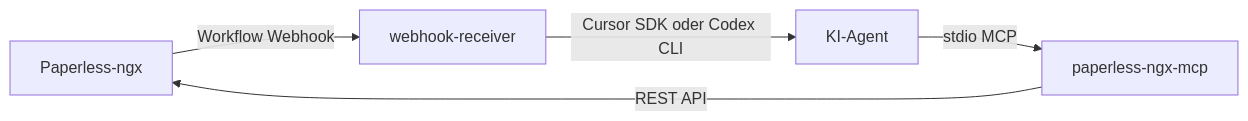
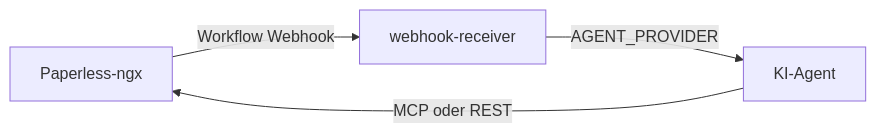
The first of 2 diagrams in README.md (boexler/paperless-ai-tagger), drawn with Mermaid before and after one commit. The commit also changed other lines of this file and 20 other files, not shown here.

````diff
--- a/README.md
+++ b/README.md
@@ -9,7 +9,6 @@
 ```mermaid
 flowchart LR
     P[Paperless-ngx] -->|Workflow Webhook| W[webhook-receiver]
-    W -->|Cursor SDK oder Codex CLI| A[KI-Agent]
-    A -->|stdio MCP| M[paperless-ngx-mcp]
-    M -->|REST API| P
+    W -->|AGENT_PROVIDER| A[KI-Agent]
+    A -->|MCP oder REST| P
 ```
````
